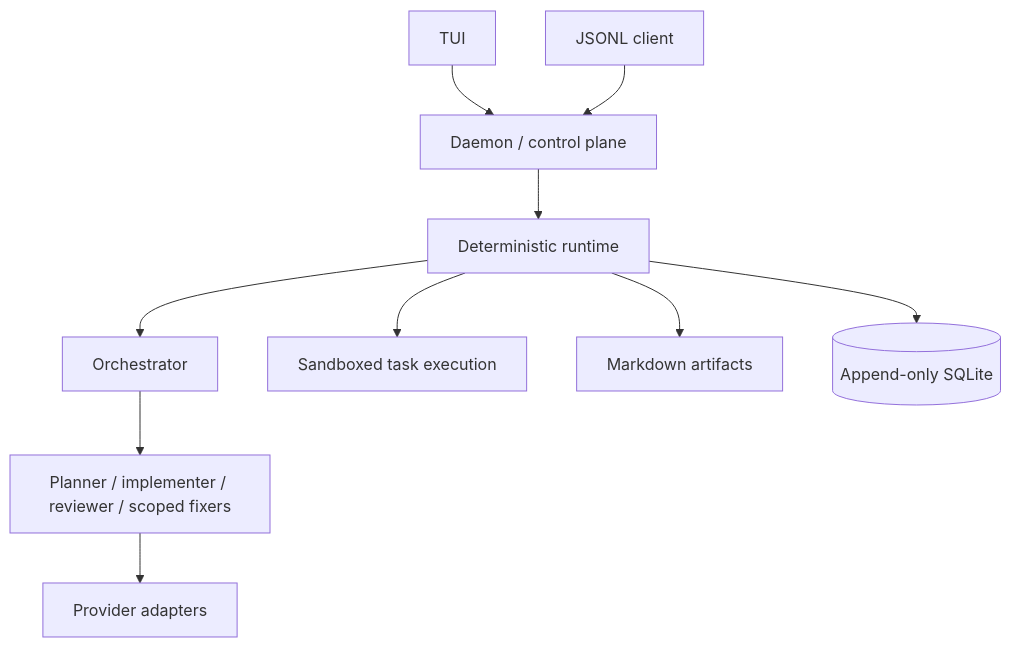
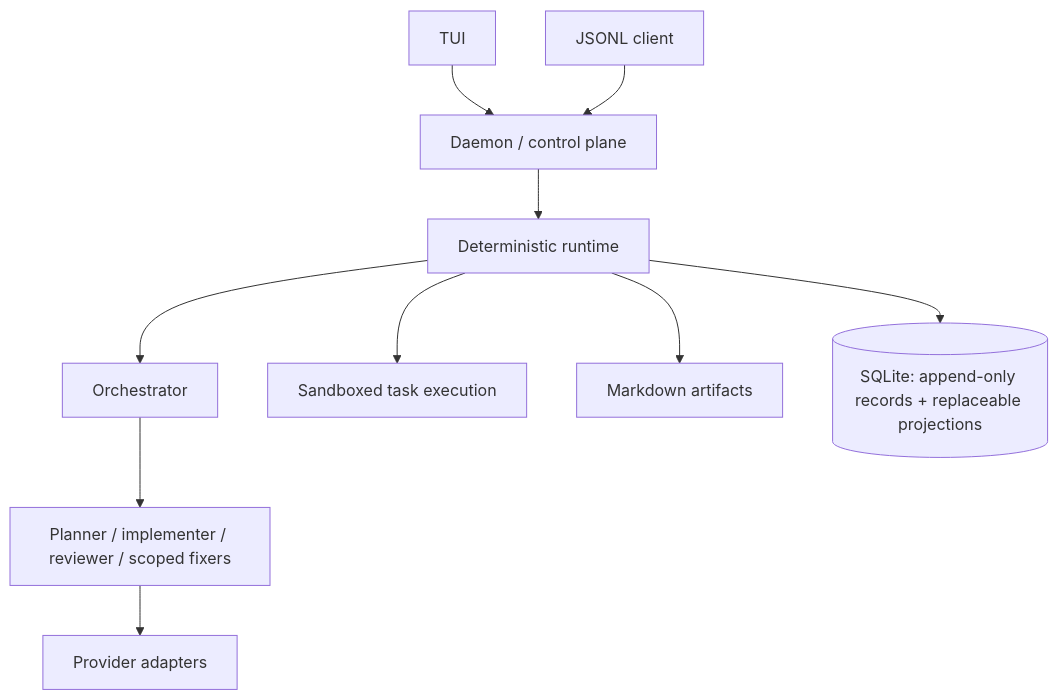
The diagram in docs/architecture.md (PedrocaODev/Akashic), drawn with Mermaid before and after one commit. The commit also changed other lines of this file and 28 other files, not shown here.

````diff
--- a/docs/architecture.md
+++ b/docs/architecture.md
@@ -5,12 +5,12 @@
 ```mermaid
 flowchart TB
  C[Daemon / control plane] --> R[Deterministic runtime]
  T[TUI] --> C
  J[JSONL client] --> C
  R --> O[Orchestrator]
  O --> P[Planner / implementer / reviewer / scoped fixers]
  R --> S[Sandboxed task execution]
  R --> M[Markdown artifacts]
- R --> Q[(Append-only SQLite)]
+ R --> Q[(SQLite: append-only records + replaceable projections)]
  P --> V[Provider adapters]
 ```
````
